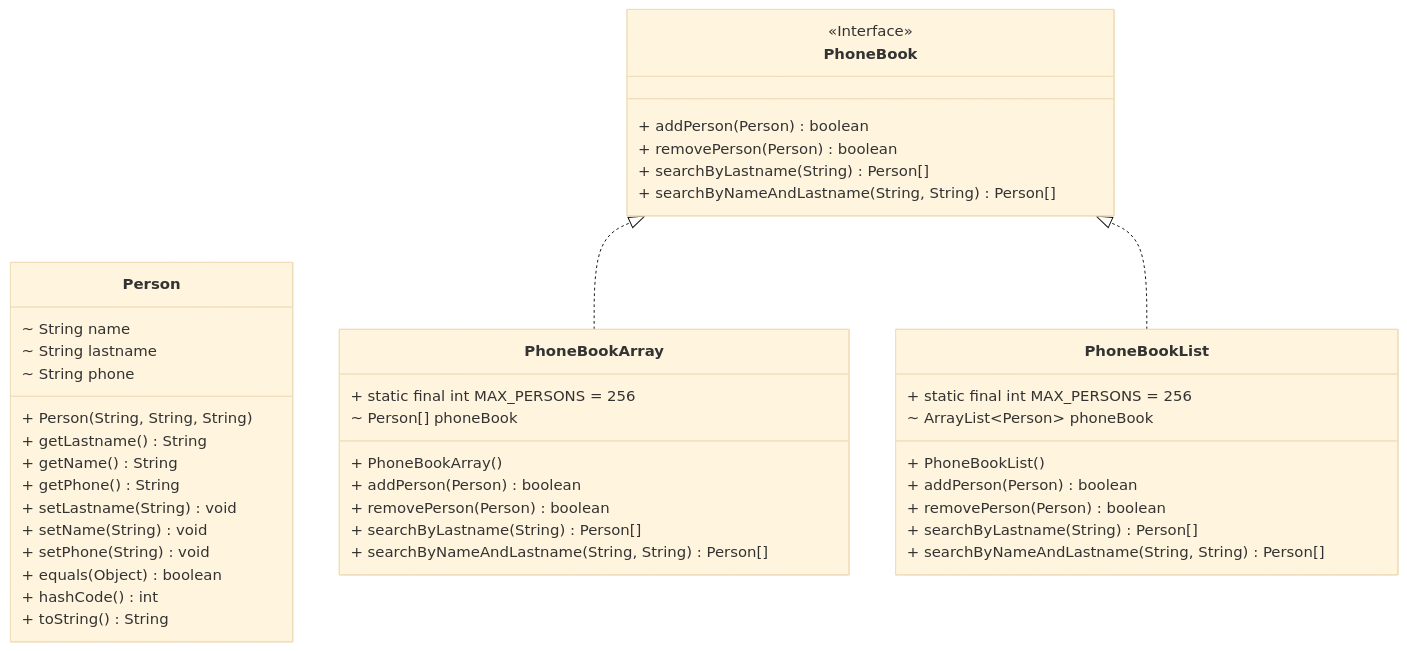
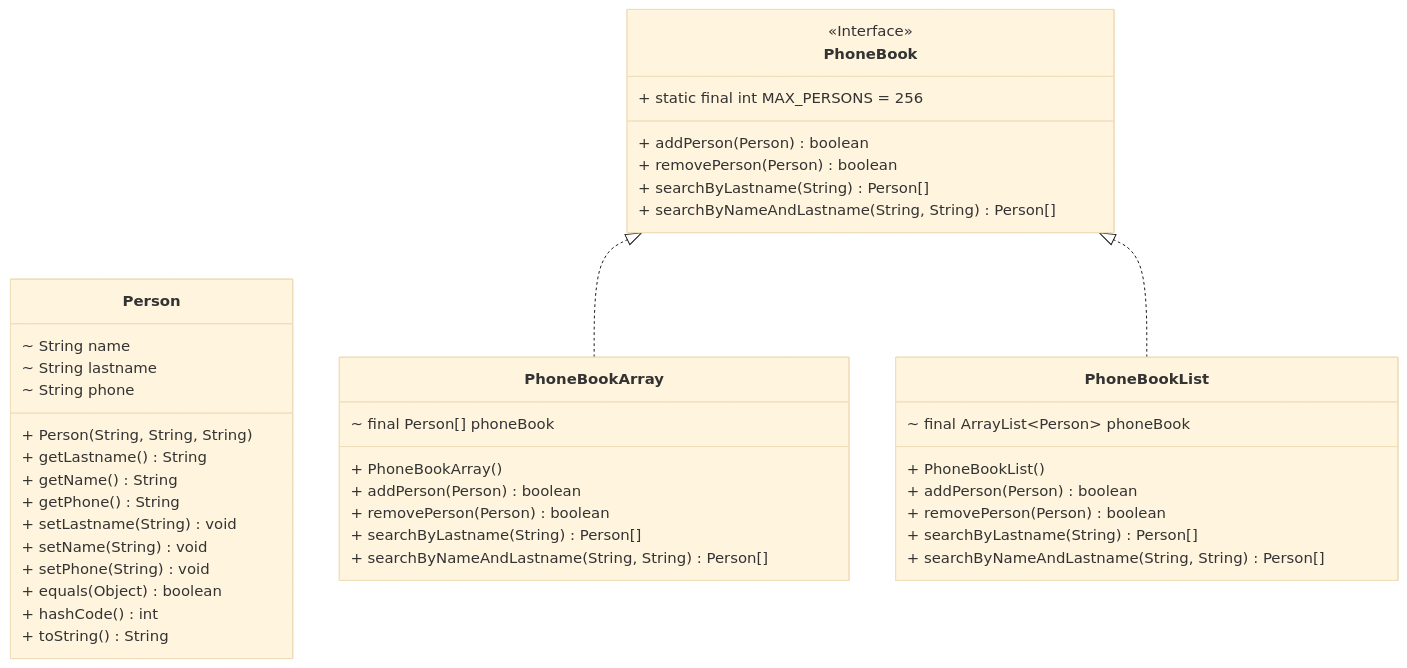
One commit to nbicocchi/learn-java-core changed the ninth of 13 diagrams in code/exercises/src/main/java/com/nbicocchi/exercises/oop/README.md. Above: the diagram before and after it, drawn with Mermaid (base theme). The commit also changed 3 other files, not shown here.

````diff
--- a/code/exercises/src/main/java/com/nbicocchi/exercises/oop/README.md
+++ b/code/exercises/src/main/java/com/nbicocchi/exercises/oop/README.md
@@ -295,46 +295,45 @@
 ```mermaid
 classDiagram
 direction BT
 class Person {
   ~ String name
   ~ String lastname
   ~ String phone
   + Person(String, String, String) 
   + getLastname() String
   + getName() String
   + getPhone() String
   + setLastname(String) void
   + setName(String) void
   + setPhone(String) void
   + equals(Object) boolean
   + hashCode() int
   + toString() String
 }
 class PhoneBook {
   <<Interface>>
+  + static final int MAX_PERSONS = 256
   + addPerson(Person) boolean
   + removePerson(Person) boolean
   + searchByLastname(String) Person[]
   + searchByNameAndLastname(String, String) Person[]
 }
 class PhoneBookArray {
-  + static final int MAX_PERSONS = 256
-  ~ Person[] phoneBook
+  ~ final Person[] phoneBook
   + PhoneBookArray() 
   + addPerson(Person) boolean
   + removePerson(Person) boolean
   + searchByLastname(String) Person[]
   + searchByNameAndLastname(String, String) Person[]
 }
 class PhoneBookList {
-  + static final int MAX_PERSONS = 256
-  ~ ArrayList~Person~ phoneBook
+  ~ final ArrayList~Person~ phoneBook
   + PhoneBookList() 
   + addPerson(Person) boolean
   + removePerson(Person) boolean
   + searchByLastname(String) Person[]
   + searchByNameAndLastname(String, String) Person[]
 }
 PhoneBookArray  ..|>  PhoneBook 
 PhoneBookList  ..|>  PhoneBook 
 ```
````
